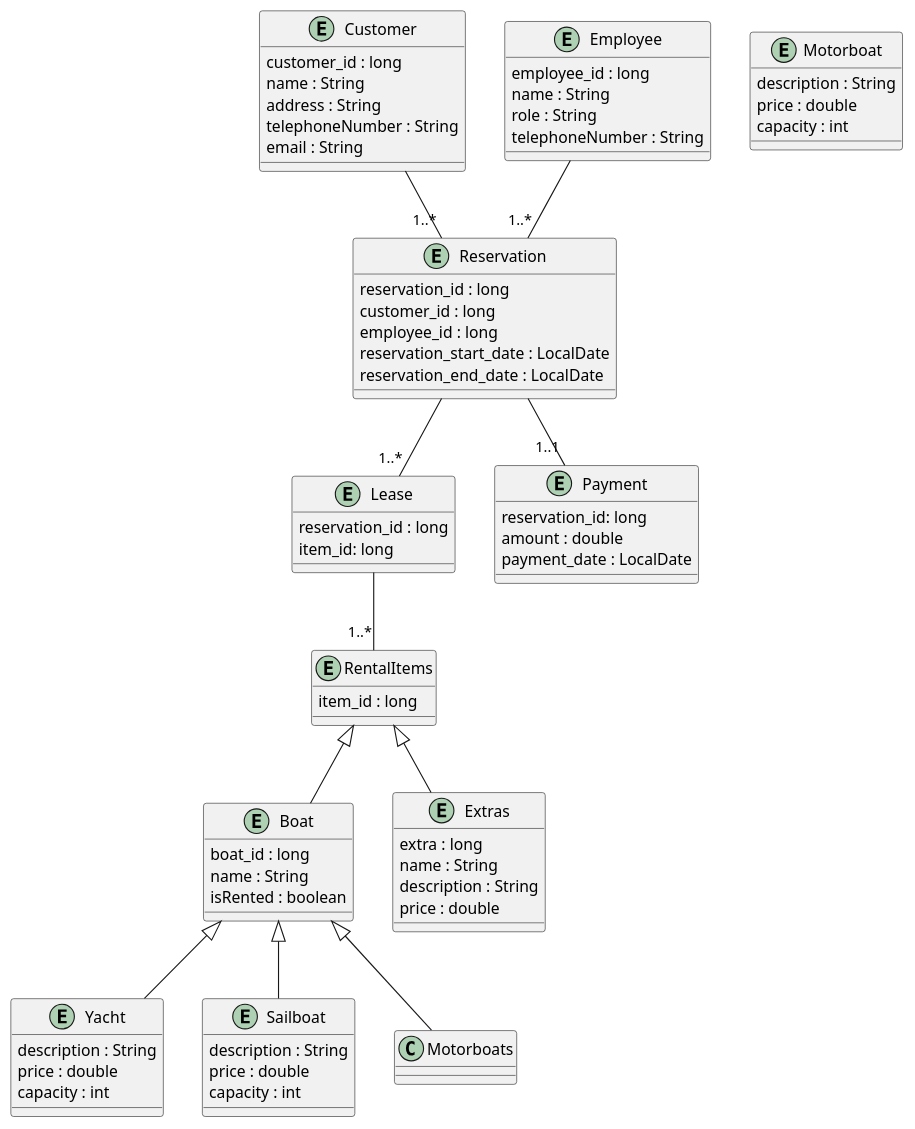
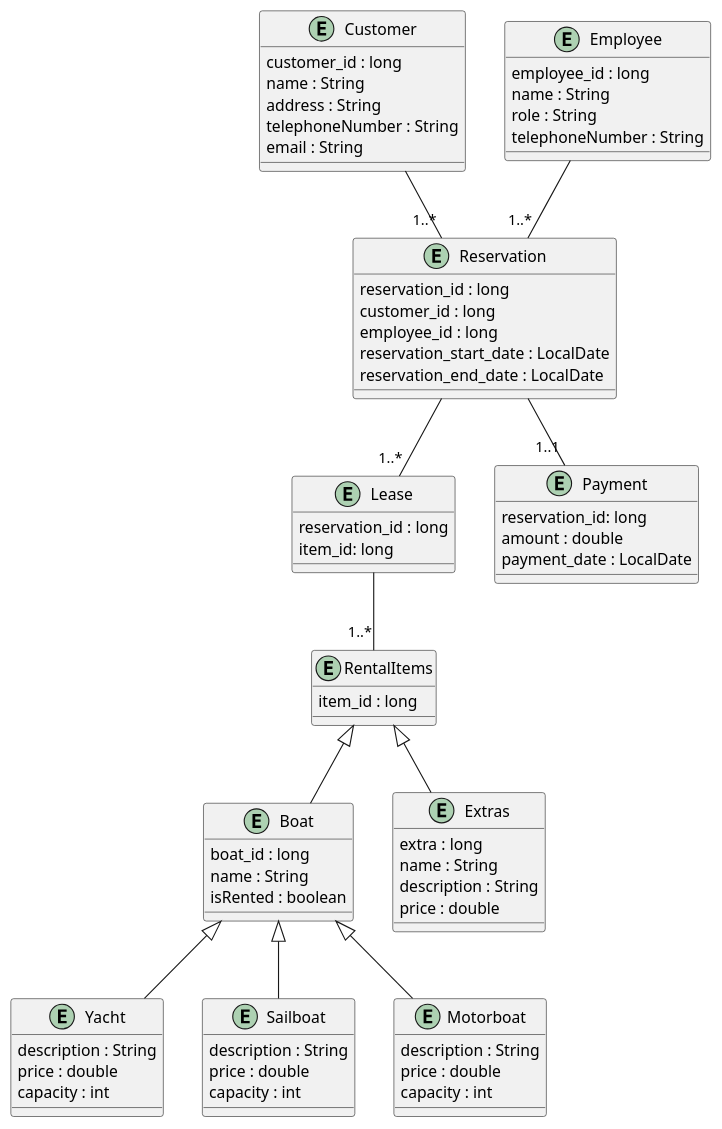
Before and after one commit to 2425-4bhitm-insy/jpa-project-v2-boat-rental: the diagram in boat-rental/puml/boat-rental.puml, drawn with PlantUML.

Commit message:
fix: fix typo in puml

```diff
--- a/boat-rental/puml/boat-rental.puml
+++ b/boat-rental/puml/boat-rental.puml
@@ -1,91 +1,91 @@
 @startuml
 entity Boat {
     boat_id : long
     name : String
     isRented : boolean
 }
 
 entity Customer {
     customer_id : long
     name : String
     address : String
     telephoneNumber : String
     email : String
 }
 
 entity RentalItems {
   item_id : long
 }
 
 entity Lease {
     reservation_id : long
     item_id: long
 }
 
 entity Payment {
     reservation_id: long
     amount : double
     payment_date : LocalDate
 }
 
 entity Employee {
     employee_id : long
     name : String
     role : String
     telephoneNumber : String
 }
 
 entity Reservation {
     reservation_id : long
     customer_id : long
     employee_id : long
     reservation_start_date : LocalDate
     reservation_end_date : LocalDate
 }
 
 entity Extras {
     extra : long
     name : String
     description : String
     price : double
 }
 
 entity Yacht {
     description : String
     price : double
     capacity : int
 }
 
 entity Sailboat {
     description : String
     price : double
     capacity : int
 }
 
 entity Motorboat {
     description : String
     price : double
     capacity : int
 }
 
 
 ' Beziehungen
 
 Customer -- "1..*" Reservation
 Employee -- "1..*" Reservation
 
 Reservation -- "1..*" Lease
 Reservation -- "1..1" Payment
 
 Lease -- "1..*" RentalItems
 
 RentalItems <|-- Boat
 RentalItems <|-- Extras
 
 
-Boat <|-- Motorboats
+Boat <|-- Motorboat
 Boat <|-- Sailboat
 Boat <|-- Yacht
 
 
 @enduml
```
